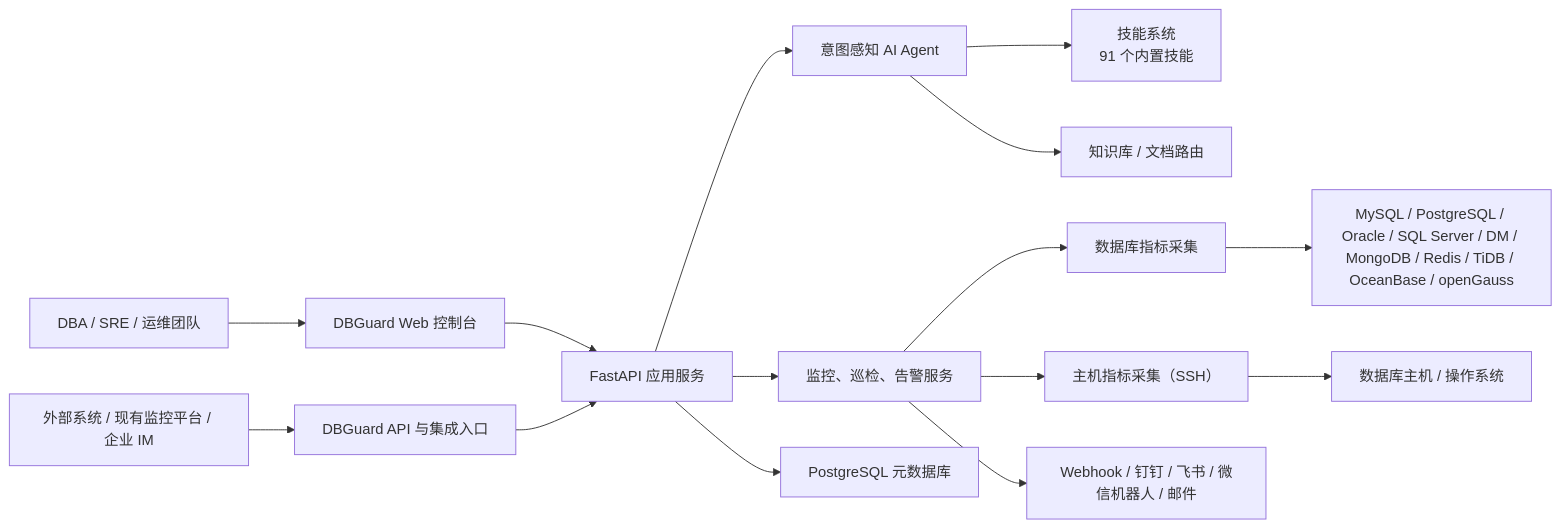
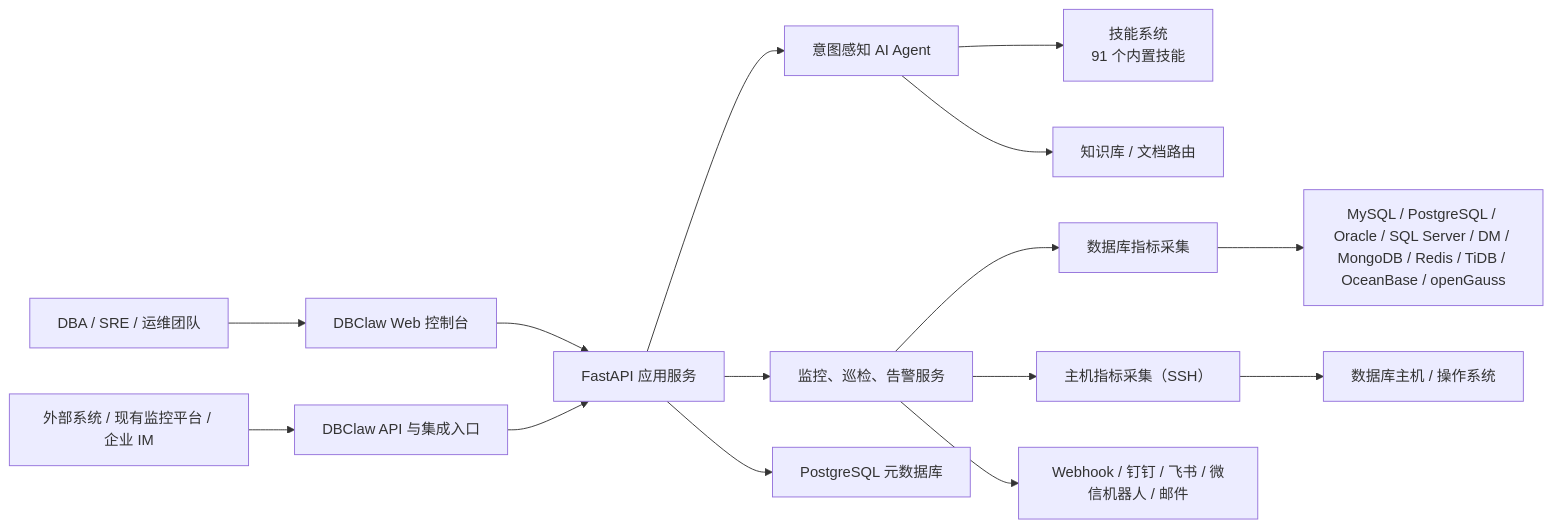
One commit to ninedata-cloud/dbclaw changed the first of 2 diagrams in docs/PRODUCT_INTRODUCTION.md. Above: the diagram before and after it, drawn with Mermaid. The commit also changed other lines of this file and 179 other files, not shown here.

````diff
--- a/docs/PRODUCT_INTRODUCTION.md
+++ b/docs/PRODUCT_INTRODUCTION.md
@@ -97,22 +97,22 @@
 ```mermaid
 flowchart LR
-    U["DBA / SRE / 运维团队"] --> UI["DBGuard Web 控制台"]
-    EXT["外部系统 / 现有监控平台 / 企业 IM"] --> API["DBGuard API 与集成入口"]
+    U["DBA / SRE / 运维团队"] --> UI["DBClaw Web 控制台"]
+    EXT["外部系统 / 现有监控平台 / 企业 IM"] --> API["DBClaw API 与集成入口"]
 
     UI --> APP["FastAPI 应用服务"]
     API --> APP
 
     APP --> AGENT["意图感知 AI Agent"]
     APP --> OPS["监控、巡检、告警服务"]
     APP --> META["PostgreSQL 元数据库"]
 
     AGENT --> SKILL["技能系统<br/>91 个内置技能"]
     AGENT --> KB["知识库 / 文档路由"]
 
     OPS --> DBM["数据库指标采集"]
     OPS --> HOST["主机指标采集（SSH）"]
     OPS --> NOTICE["Webhook / 钉钉 / 飞书 / 微信机器人 / 邮件"]
 
     DBM --> TARGET["MySQL / PostgreSQL / Oracle / SQL Server / DM / MongoDB / Redis / TiDB / OceanBase / openGauss"]
     HOST --> SERVER["数据库主机 / 操作系统"]
 ```
````
